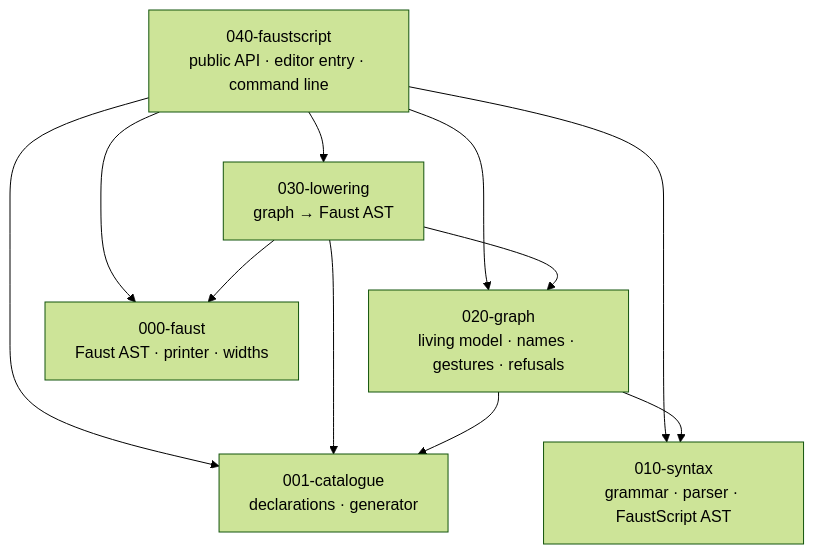
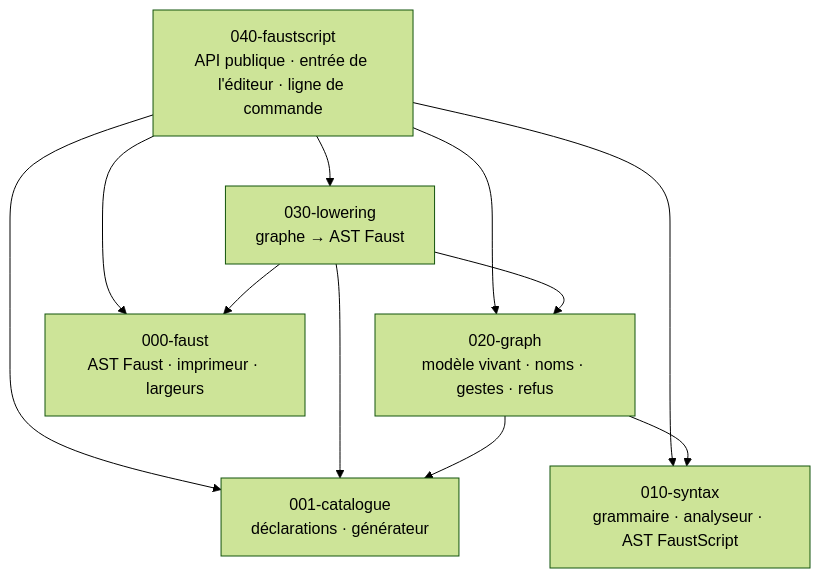
One commit to roomi-fields/faustscript changed the second of 3 diagrams in docs/ARCHITECTURE.md. Above: the diagram before and after it, drawn with Mermaid (forest theme). The commit also changed other lines of this file and 10 other files, not shown here.

First line of the commit message:
docs: diagrams in French; the writing rules applied in both languages

````diff
--- a/docs/ARCHITECTURE.md
+++ b/docs/ARCHITECTURE.md
@@ -41,19 +41,19 @@
 ```mermaid
 flowchart TD
-  p040[040-faustscript<br>public API · editor entry · command line]
-  p030[030-lowering<br>graph → Faust AST]
-  p020[020-graph<br>living model · names · gestures · refusals]
-  p010[010-syntax<br>grammar · parser · FaustScript AST]
-  p001[001-catalogue<br>declarations · generator]
-  p000[000-faust<br>Faust AST · printer · widths]
+  p040[040-faustscript<br>API publique · entrée de l'éditeur · ligne de commande]
+  p030[030-lowering<br>graphe → AST Faust]
+  p020[020-graph<br>modèle vivant · noms · gestes · refus]
+  p010[010-syntax<br>grammaire · analyseur · AST FaustScript]
+  p001[001-catalogue<br>déclarations · générateur]
+  p000[000-faust<br>AST Faust · imprimeur · largeurs]
   p040 --> p030
   p040 --> p020
   p040 --> p010
   p040 --> p001
   p040 --> p000
   p030 --> p020
   p030 --> p001
   p030 --> p000
   p020 --> p010
   p020 --> p001
 ```
````
